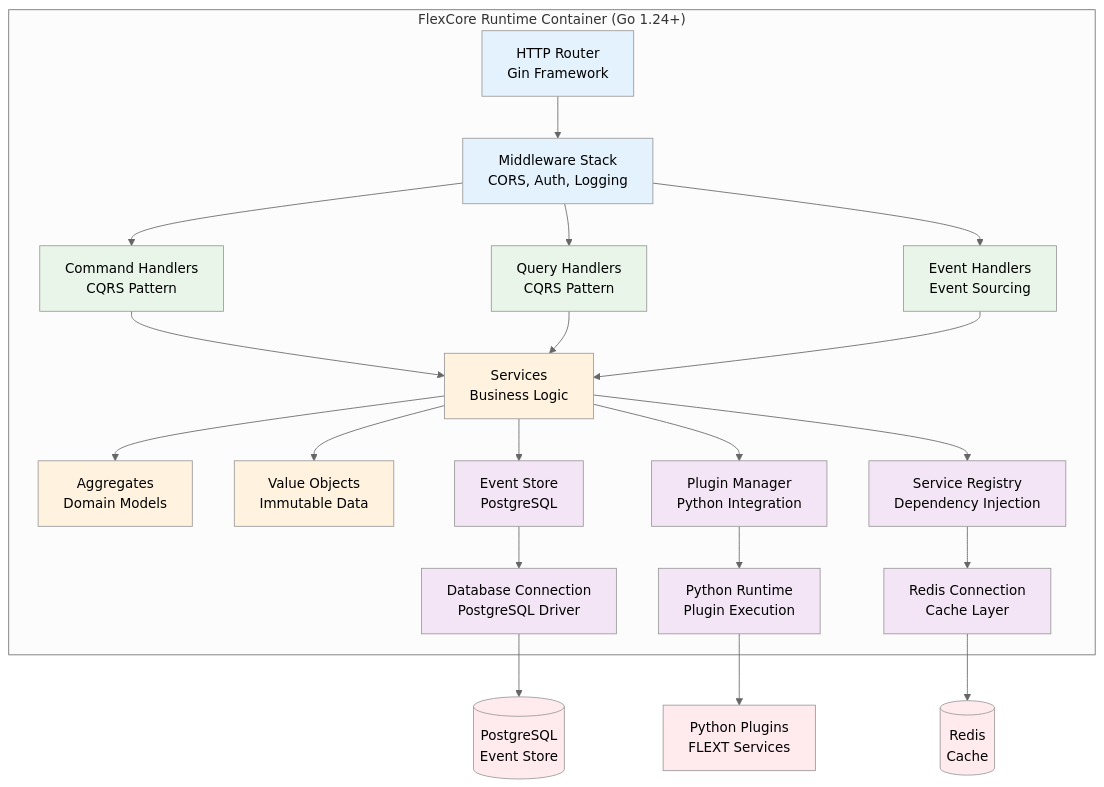
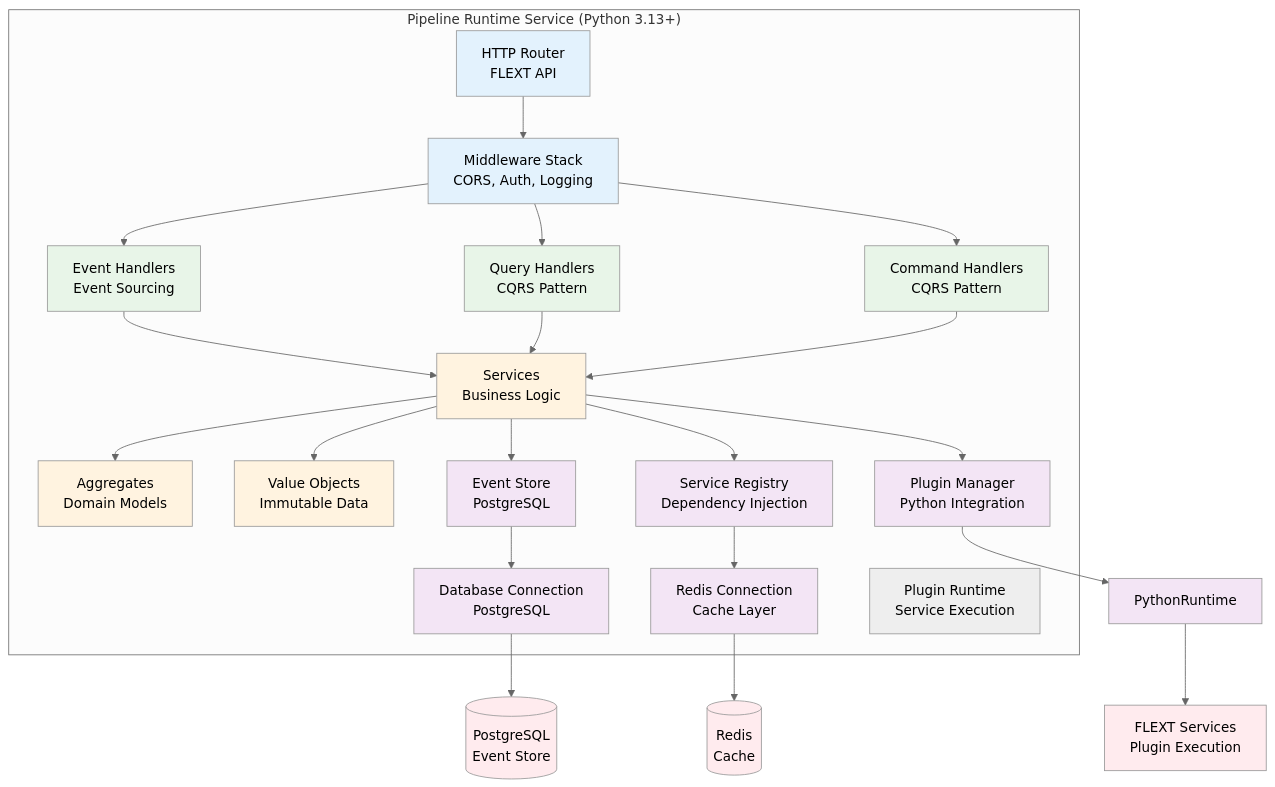
Before and after one commit to flext-sh/flext: the first of 5 diagrams in docs/architecture/c4-model/component-diagrams.md, drawn with Mermaid (neutral theme). The commit also changed other lines of this file and 18 other files, not shown here.

````diff
--- a/docs/architecture/c4-model/component-diagrams.md
+++ b/docs/architecture/c4-model/component-diagrams.md
@@ -32,72 +32,72 @@
 ```mermaid
 graph TB
-    subgraph FlexCore["FlexCore Runtime Container (Go 1.24+)"]
+    subgraph PipelineRuntime["Pipeline Runtime Service (Python 3.13+)"]
         %% HTTP Layer
-        HTTPRouter[HTTP Router<br/>Gin Framework]
+        HTTPRouter[HTTP Router<br/>FLEXT API]
         Middleware[Middleware Stack<br/>CORS, Auth, Logging]
 
         %% Application Layer
         CommandHandlers[Command Handlers<br/>CQRS Pattern]
         QueryHandlers[Query Handlers<br/>CQRS Pattern]
         EventHandlers[Event Handlers<br/>Event Sourcing]
 
         %% Domain Layer
         DomainServices[Services<br/>Business Logic]
         Aggregates[Aggregates<br/>Domain Models]
         Values[Value Objects<br/>Immutable Data]
 
         %% Infrastructure Layer
         EventStore[Event Store<br/>PostgreSQL]
         PluginManager[Plugin Manager<br/>Python Integration]
         ServiceRegistry[Service Registry<br/>Dependency Injection]
 
         %% External Interfaces
-        DatabaseConn[Database Connection<br/>PostgreSQL Driver]
+        DatabaseConn[Database Connection<br/>PostgreSQL]
         RedisConn[Redis Connection<br/>Cache Layer]
-        PythonRuntime[Python Runtime<br/>Plugin Execution]
+        PluginRuntime[Plugin Runtime<br/>Service Execution]
     end
 
     %% External Dependencies
     PostgreSQL[(PostgreSQL<br/>Event Store)]
     Redis[(Redis<br/>Cache)]
-    PythonPlugins[Python Plugins<br/>FLEXT Services]
+    PythonPlugins[FLEXT Services<br/>Plugin Execution]
 
     %% Internal Flow
     HTTPRouter --> Middleware
     Middleware --> CommandHandlers
     Middleware --> QueryHandlers
     Middleware --> EventHandlers
 
     CommandHandlers --> DomainServices
     QueryHandlers --> DomainServices
     EventHandlers --> DomainServices
 
     DomainServices --> Aggregates
     DomainServices --> Values
 
     DomainServices --> EventStore
     DomainServices --> PluginManager
     DomainServices --> ServiceRegistry
 
     EventStore --> DatabaseConn
     ServiceRegistry --> RedisConn
     PluginManager --> PythonRuntime
 
     %% External Connections
     DatabaseConn --> PostgreSQL
     RedisConn --> Redis
     PythonRuntime --> PythonPlugins
 
     %% Styling
     classDef http fill:#e3f2fd
     classDef app fill:#e8f5e8
     classDef domain fill:#fff3e0
     classDef infra fill:#f3e5f5
     classDef external fill:#ffebee
 
     class HTTPRouter,Middleware http
     class CommandHandlers,QueryHandlers,EventHandlers app
     class DomainServices,Aggregates,Values domain
     class EventStore,PluginManager,ServiceRegistry,DatabaseConn,RedisConn,PythonRuntime infra
     class PostgreSQL,Redis,PythonPlugins external
 ```
````
